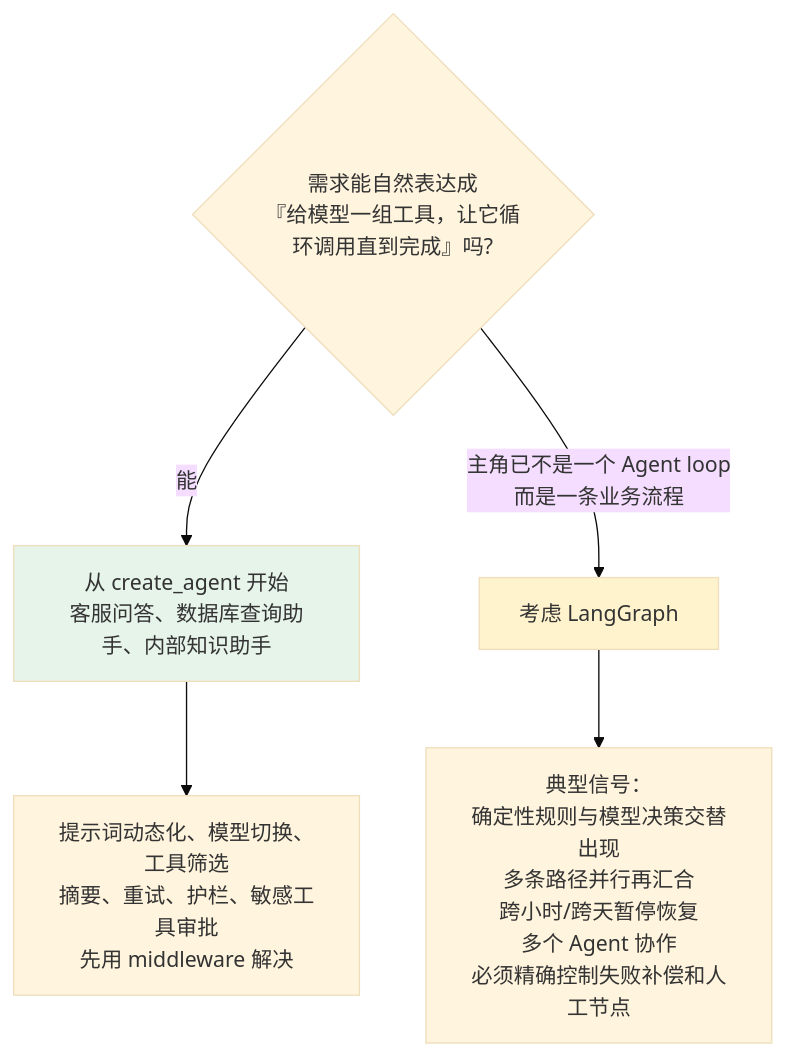
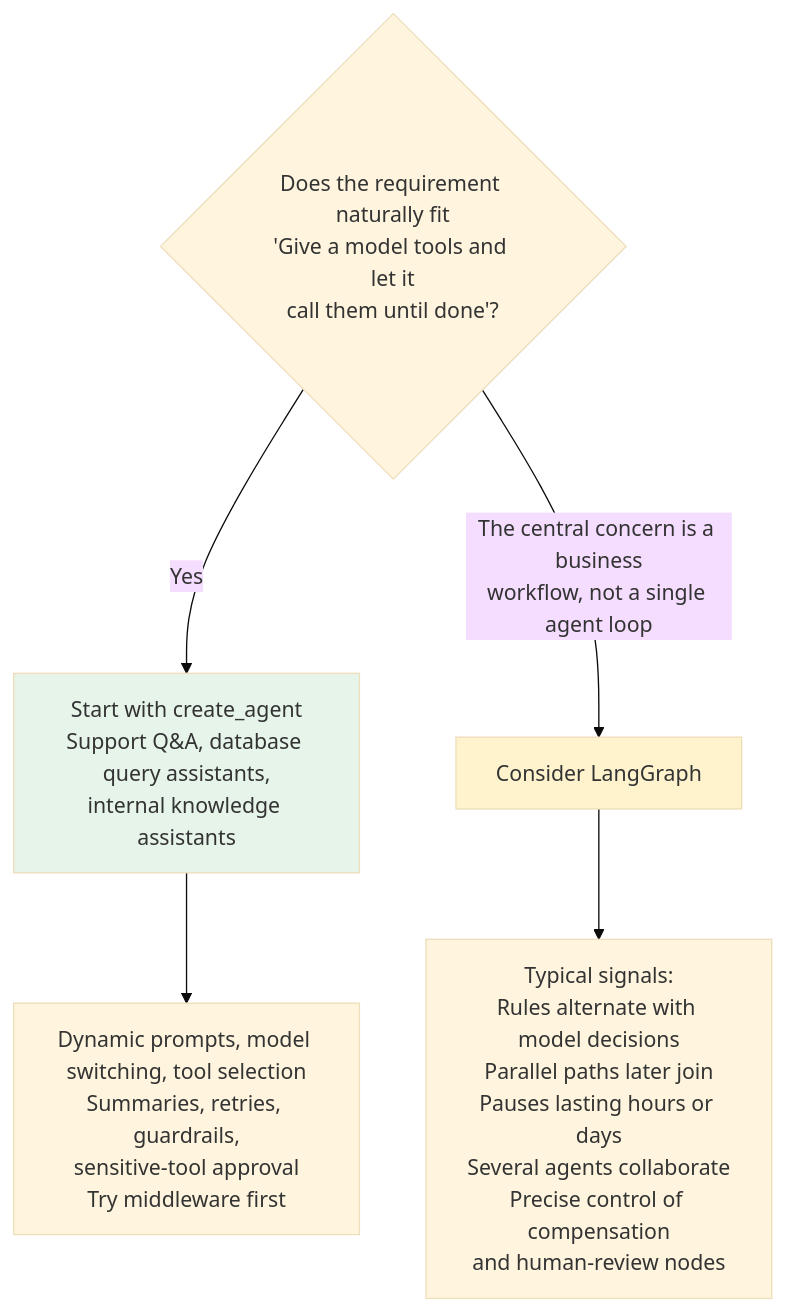
One commit to oneleaveknowsthefall/awesome-ai-roadmap changed the third of 3 diagrams in docs/frameworks/01-langchain/04-langgraph/09-langchain-vs-langgraph.md. Above: the diagram before and after it, drawn with Mermaid (base theme). The commit also changed other lines of this file and 70 other files, not shown here.

````diff
--- a/docs/frameworks/01-langchain/04-langgraph/09-langchain-vs-langgraph.md
+++ b/docs/frameworks/01-langchain/04-langgraph/09-langchain-vs-langgraph.md
@@ -248,11 +248,11 @@
 ```mermaid
 flowchart TB
-    Q1{"需求能自然表达成<br/>『给模型一组工具，让它循环调用直到完成』吗?"}
-    Q1 -->|能| A["从 create_agent 开始<br/>客服问答、数据库查询助手、内部知识助手"]
-    A --> A2["提示词动态化、模型切换、工具筛选<br/>摘要、重试、护栏、敏感工具审批<br/>先用 middleware 解决"]
-    Q1 -->|主角已不是一个 Agent loop<br/>而是一条业务流程| B["考虑 LangGraph"]
-    B --> B2["典型信号：<br/>确定性规则与模型决策交替出现<br/>多条路径并行再汇合<br/>跨小时/跨天暂停恢复<br/>多个 Agent 协作<br/>必须精确控制失败补偿和人工节点"]
+    Q1{"Does the requirement naturally fit<br/>'Give a model tools and let it<br/>call them until done'?"}
+    Q1 -->|Yes| A["Start with create_agent<br/>Support Q&A, database query assistants,<br/>internal knowledge assistants"]
+    A --> A2["Dynamic prompts, model switching, tool selection<br/>Summaries, retries, guardrails,<br/>sensitive-tool approval<br/>Try middleware first"]
+    Q1 -->|The central concern is a business<br/>workflow, not a single agent loop| B["Consider LangGraph"]
+    B --> B2["Typical signals:<br/>Rules alternate with model decisions<br/>Parallel paths later join<br/>Pauses lasting hours or days<br/>Several agents collaborate<br/>Precise control of compensation<br/>and human-review nodes"]
 
     style A fill:#e6f4ea
     style B fill:#fff3cd
 ```
````
